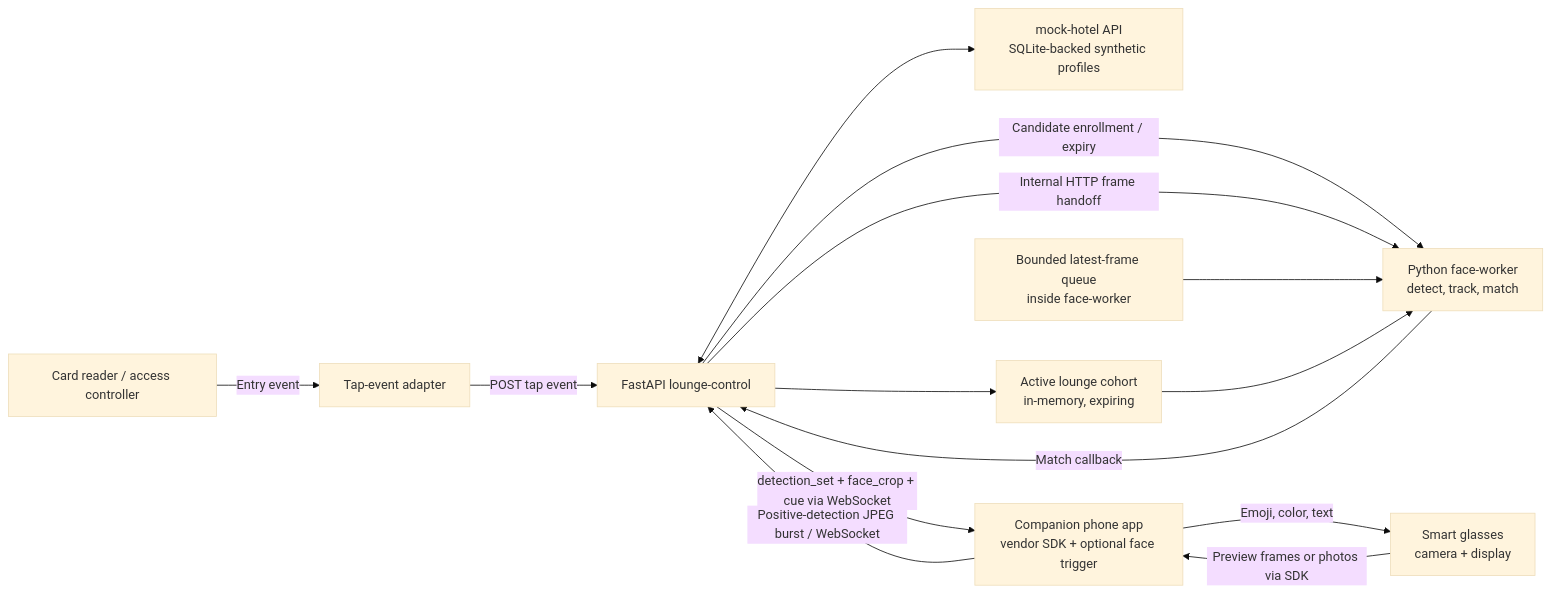
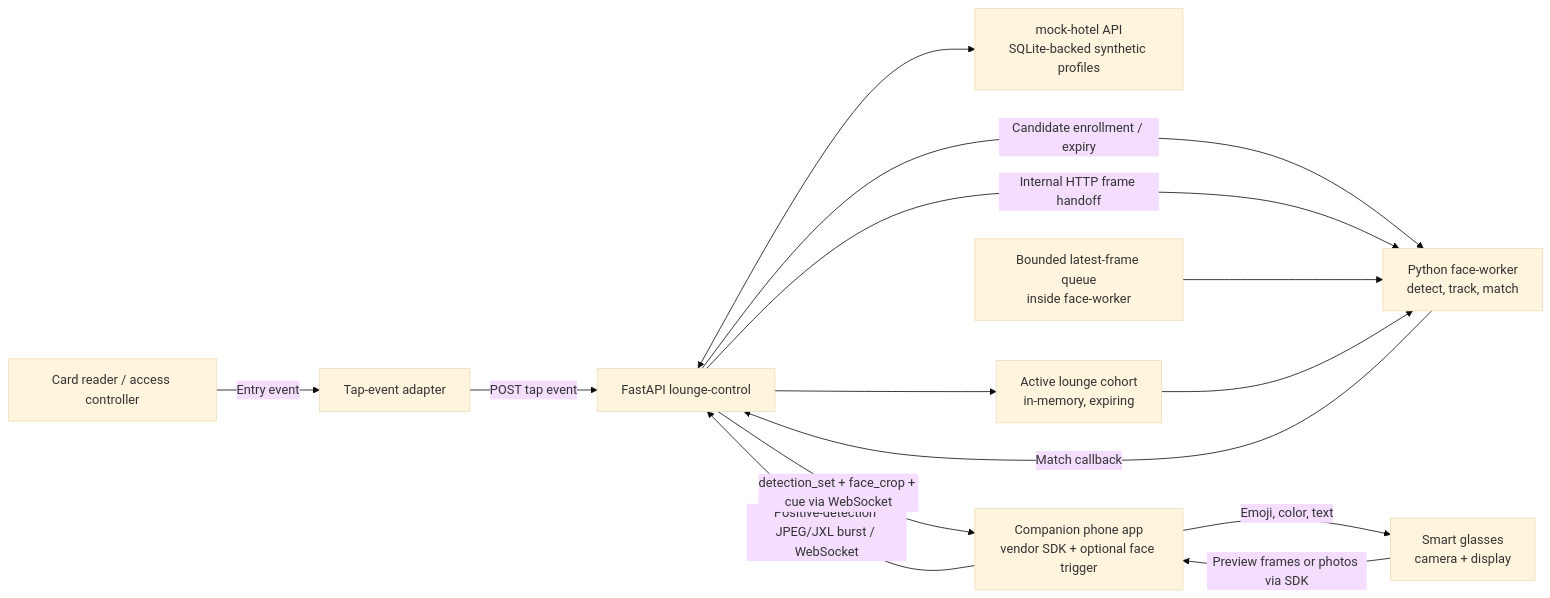
One commit to wongwh2002/CDE4301-Hotel-Hospitality changed the diagram in docs/architecture/hotel-lounge-smart-glasses-poc.md. Above: the diagram before and after it, drawn with Mermaid (base theme). The commit also changed other lines of this file and 17 other files, not shown here.

````diff
--- a/docs/architecture/hotel-lounge-smart-glasses-poc.md
+++ b/docs/architecture/hotel-lounge-smart-glasses-poc.md
@@ -28,26 +28,26 @@
 ```mermaid
 flowchart LR
     Reader[Card reader / access controller]
     Adapter[Tap-event adapter]
     Control[FastAPI lounge-control]
     GuestData[mock-hotel API<br/>SQLite-backed synthetic profiles]
     Cohort[Active lounge cohort<br/>in-memory, expiring]
     Vision[Python face-worker<br/>detect, track, match]
     Queue[Bounded latest-frame queue<br/>inside face-worker]
     Bridge[Companion phone app<br>vendor SDK + optional face trigger]
     Glasses[Smart glasses<br/>camera + display]
 
     Reader -->|Entry event| Adapter
     Adapter -->|POST tap event| Control
     Control <--> GuestData
     Control --> Cohort
     Control -->|Candidate enrollment / expiry| Vision
     Glasses -->|Preview frames or photos via SDK| Bridge
-    Bridge -->|Positive-detection JPEG burst / WebSocket| Control
+    Bridge -->|Positive-detection JPEG/JXL burst / WebSocket| Control
     Control -->|Internal HTTP frame handoff| Vision
     Queue --> Vision
     Cohort --> Vision
     Vision -->|Match callback| Control
     Control -->|detection_set + face_crop + cue via WebSocket| Bridge
     Bridge -->|Emoji, color, text| Glasses
 ```
````
